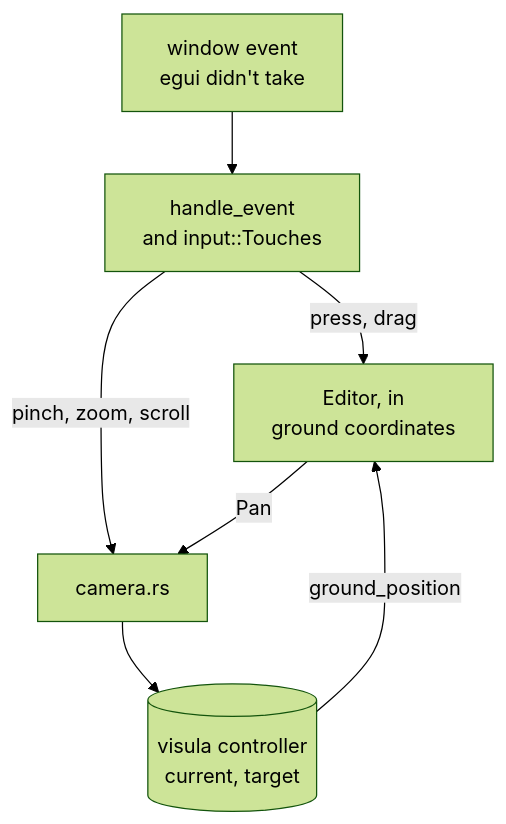
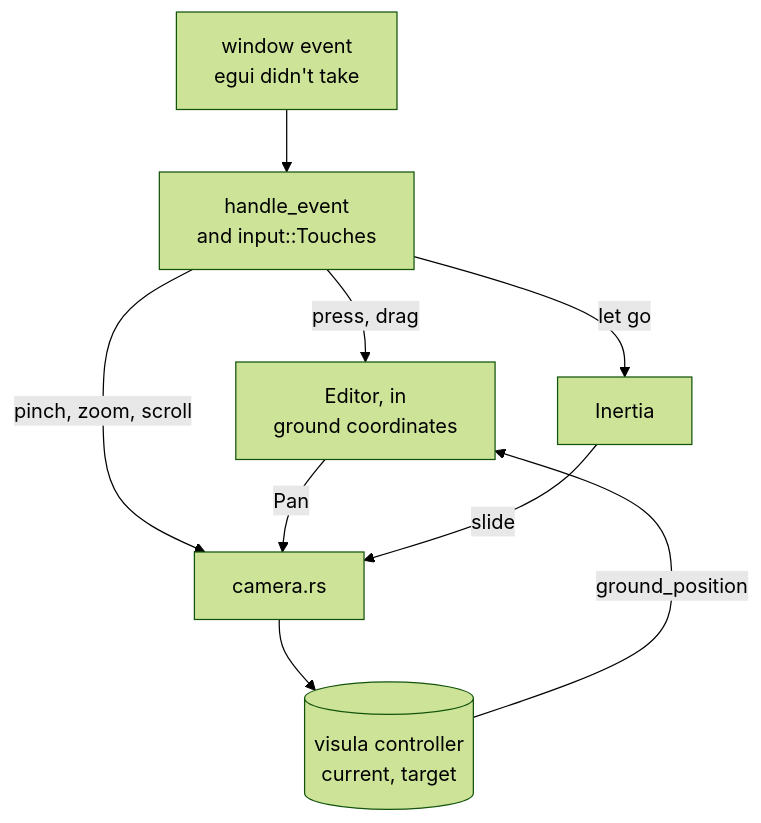
The seventh of 8 diagrams in docs/architecture/current.md (dragly/neuronify), drawn with Mermaid (forest theme) before and after one commit. The commit also changed other lines of this file and 6 other files, not shown here.

````diff
--- a/docs/architecture/current.md
+++ b/docs/architecture/current.md
@@ -314,9 +314,11 @@
 ```mermaid
 flowchart TB
   event["window event<br/>egui didn't take"] --> touches["handle_event<br/>and input::Touches"]
   touches -->|"press, drag"| editor["Editor, in<br/>ground coordinates"]
   touches -->|"pinch, zoom, scroll"| camera["camera.rs"]
   editor -->|"Pan"| camera
+  touches -->|"let go"| inertia["Inertia"]
+  inertia -->|"slide"| camera
   camera --> controller[("visula controller<br/>current, target")]
   controller -->|"ground_position"| editor
 ```
````
